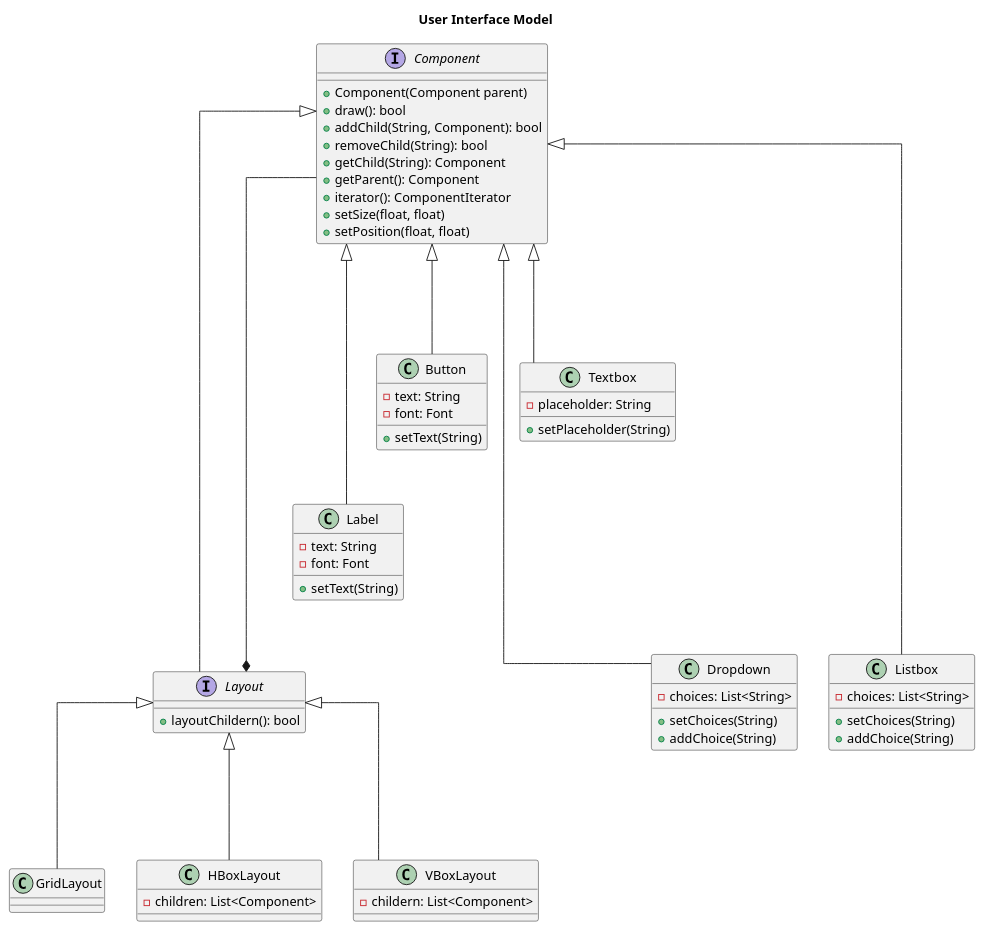
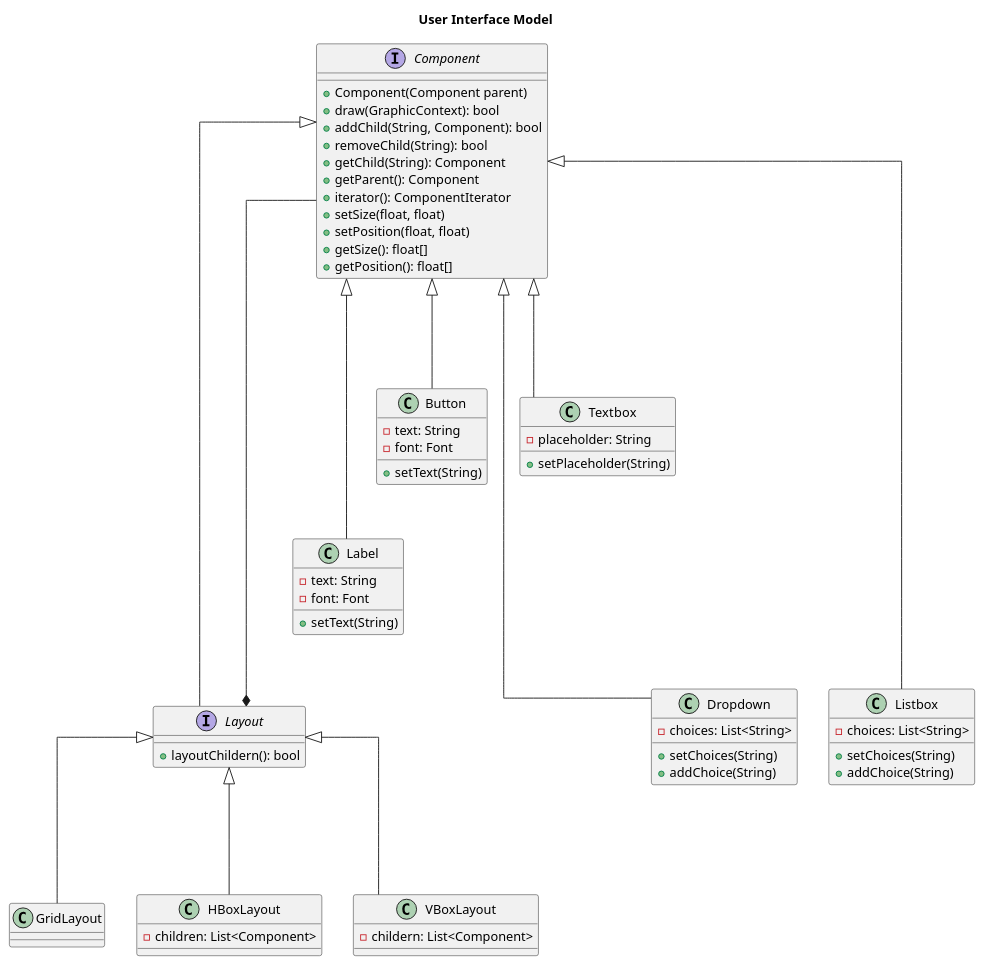
One commit to CoderEx24/project-csc427 changed the diagram in docs/component.pu. Above: the diagram before and after it, drawn with PlantUML.

Commit message:
docs: more getters, draw accepts a parameter to draw stuff on

```diff
--- a/docs/component.pu
+++ b/docs/component.pu
@@ -1,77 +1,79 @@
 @startuml
 skinparam linetype ortho
 title User Interface Model 
 
 interface Component {
   +Component(Component parent)
-  +draw(): bool
+  +draw(GraphicContext): bool
   +addChild(String, Component): bool
   +removeChild(String): bool
   +getChild(String): Component
   +getParent(): Component
   +iterator(): ComponentIterator
   +setSize(float, float)
   +setPosition(float, float)
+  +getSize(): float[]
+  +getPosition(): float[]
 }
 
 interface Layout {
   +layoutChildern(): bool
 }
 
 class Label {
   -text: String
   -font: Font
   +setText(String)
 }
 
 class Button {
   -text: String
   -font: Font
   +setText(String)
 }
 
 class Textbox {
   -placeholder: String
   +setPlaceholder(String)
 }
 
 class Dropdown {
   -choices: List<String>
   +setChoices(String)
   +addChoice(String)
 }
 
 class Listbox {
   -choices: List<String>
   +setChoices(String)
   +addChoice(String)
 }
 
 class GridLayout {
 
 }
 
 class HBoxLayout {
   -children: List<Component>
 
 }
 
 class VBoxLayout {
   -childern: List<Component>
 
 }
 
 Component <|---- Label
 Component <|--- Button
 Component <|--- Textbox
 Component <|----- Dropdown
 Component <|----- Listbox
 
 Component <|----- Layout
 Layout *---- Component
 
 Layout <|--- GridLayout
 Layout <|--- HBoxLayout
 Layout <|--- VBoxLayout
 
 @enduml
```
